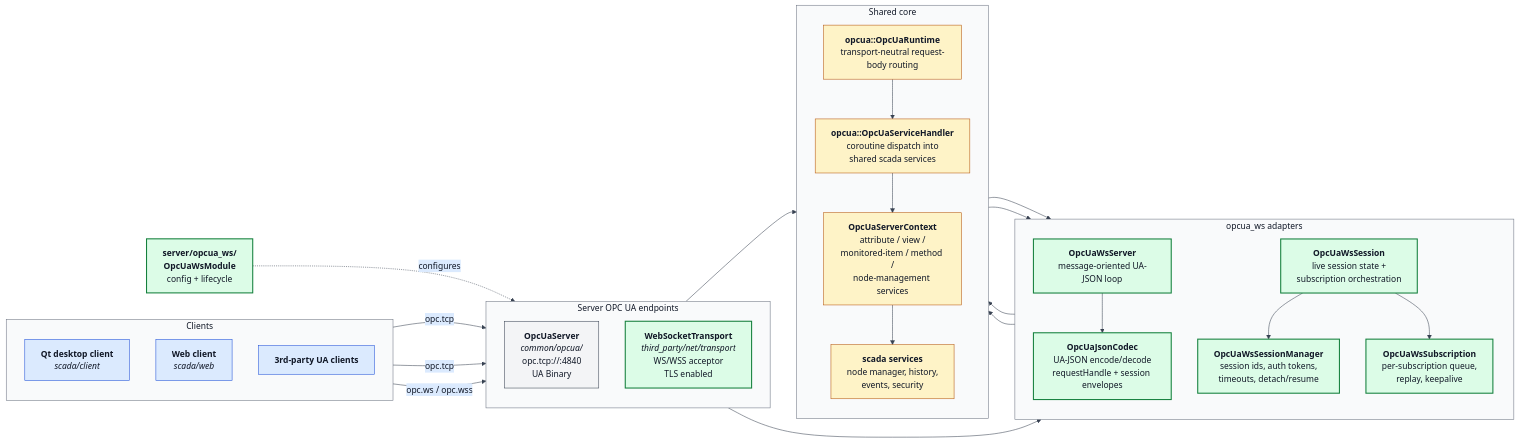
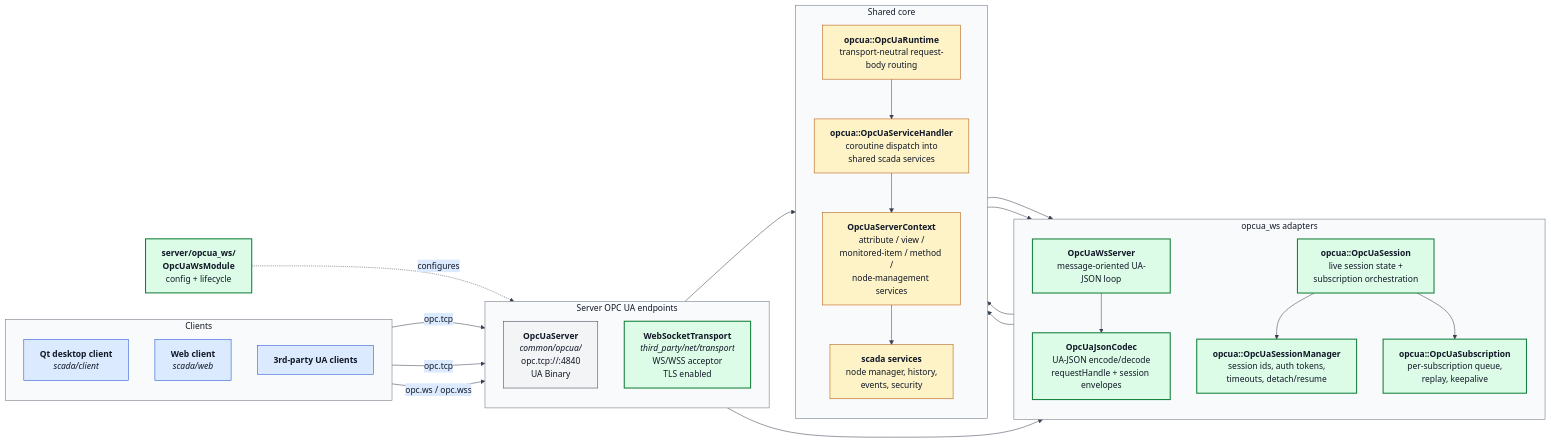
One commit to alexsmn/scada-common changed the diagram in docs/opcua_ws_architecture.mmd. Above: the diagram before and after it, drawn with Mermaid. The commit also changed 9 other files, not shown here.

Commit message:
Normalize shared OPC UA session API

```diff
--- a/docs/opcua_ws_architecture.mmd
+++ b/docs/opcua_ws_architecture.mmd
@@ -1,82 +1,82 @@
 %%{init: {
   'theme': 'base',
   'themeVariables': {
     'background': '#ffffff',
     'primaryColor': '#f3f4f6',
     'primaryBorderColor': '#374151',
     'primaryTextColor': '#111827',
     'secondaryColor': '#dbeafe',
     'secondaryBorderColor': '#1d4ed8',
     'secondaryTextColor': '#111827',
     'tertiaryColor': '#fef3c7',
     'tertiaryBorderColor': '#b45309',
     'tertiaryTextColor': '#111827',
     'lineColor': '#374151',
     'defaultLinkColor': '#374151',
     'clusterBkg': '#f9fafb',
     'clusterBorder': '#6b7280',
     'titleColor': '#111827'
   },
   'flowchart': {'htmlLabels': true}
 }}%%
 flowchart LR
     subgraph Clients["Clients"]
         direction TB
         QT["<b>Qt desktop client</b><br/><i>scada/client</i>"]
         WEB["<b>Web client</b><br/><i>scada/web</i>"]
         NATIVE["<b>3rd-party UA clients</b>"]
     end
 
     subgraph Endpoints["Server OPC UA endpoints"]
         direction TB
         TCP["<b>OpcUaServer</b><br/><i>common/opcua/</i><br/>opc.tcp://:4840<br/>UA Binary"]
         WSSOCK["<b>WebSocketTransport</b><br/><i>third_party/net/transport</i><br/>WS/WSS acceptor<br/>TLS enabled"]
     end
 
     subgraph WsInternals["opcua_ws adapters"]
         direction TB
         WS["<b>OpcUaWsServer</b><br/>message-oriented UA-JSON loop"]
-        SESS["<b>OpcUaWsSession</b><br/>live session state +<br/>subscription orchestration"]
-        SMGR["<b>OpcUaWsSessionManager</b><br/>session ids, auth tokens,<br/>timeouts, detach/resume"]
-        SUB["<b>OpcUaWsSubscription</b><br/>per-subscription queue,<br/>replay, keepalive"]
+        SESS["<b>opcua::OpcUaSession</b><br/>live session state +<br/>subscription orchestration"]
+        SMGR["<b>opcua::OpcUaSessionManager</b><br/>session ids, auth tokens,<br/>timeouts, detach/resume"]
+        SUB["<b>opcua::OpcUaSubscription</b><br/>per-subscription queue,<br/>replay, keepalive"]
         CODEC["<b>OpcUaJsonCodec</b><br/>UA-JSON encode/decode<br/>requestHandle + session envelopes"]
     end
 
     subgraph Core["Shared core"]
         direction TB
         RT["<b>opcua::OpcUaRuntime</b><br/>transport-neutral request-body routing"]
         HANDLER["<b>opcua::OpcUaServiceHandler</b><br/>coroutine dispatch into<br/>shared scada services"]
         CTX["<b>OpcUaServerContext</b><br/>attribute / view /<br/>monitored-item / method /<br/>node-management services"]
         SVC["<b>scada services</b><br/>node manager, history,<br/>events, security"]
     end
 
     MOD["<b>server/opcua_ws/<br/>OpcUaWsModule</b><br/>config + lifecycle"]
 
     QT -->|opc.tcp| TCP
     NATIVE -->|opc.tcp| TCP
     WEB -->|opc.ws / opc.wss| WSSOCK
 
     WSSOCK --> WS
     WS --> CODEC
     WS --> RT
     RT --> SESS
     RT --> SMGR
     RT --> HANDLER
     SESS --> SMGR
     SESS --> SUB
     HANDLER --> CTX
     SMGR --> CTX
 
     TCP --> CTX
     CTX --> SVC
 
     MOD -.configures.-> WSSOCK
 
     classDef clientStyle fill:#dbeafe,stroke:#1d4ed8,color:#111827
     classDef newModule fill:#dcfce7,stroke:#15803d,color:#111827,stroke-width:2px
     classDef existing fill:#f3f4f6,stroke:#374151,color:#111827
     classDef core fill:#fef3c7,stroke:#b45309,color:#111827
     class QT,WEB,NATIVE clientStyle
     class WSSOCK,WS,SESS,SMGR,SUB,CODEC,MOD newModule
     class TCP existing
     class RT,HANDLER,CTX,SVC core
```
